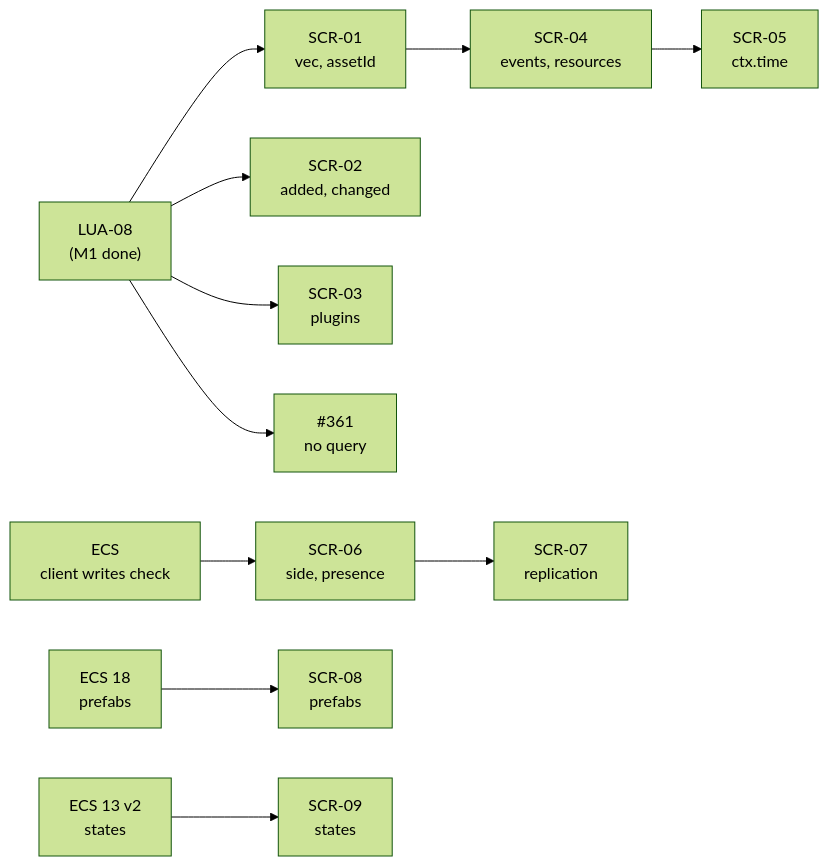
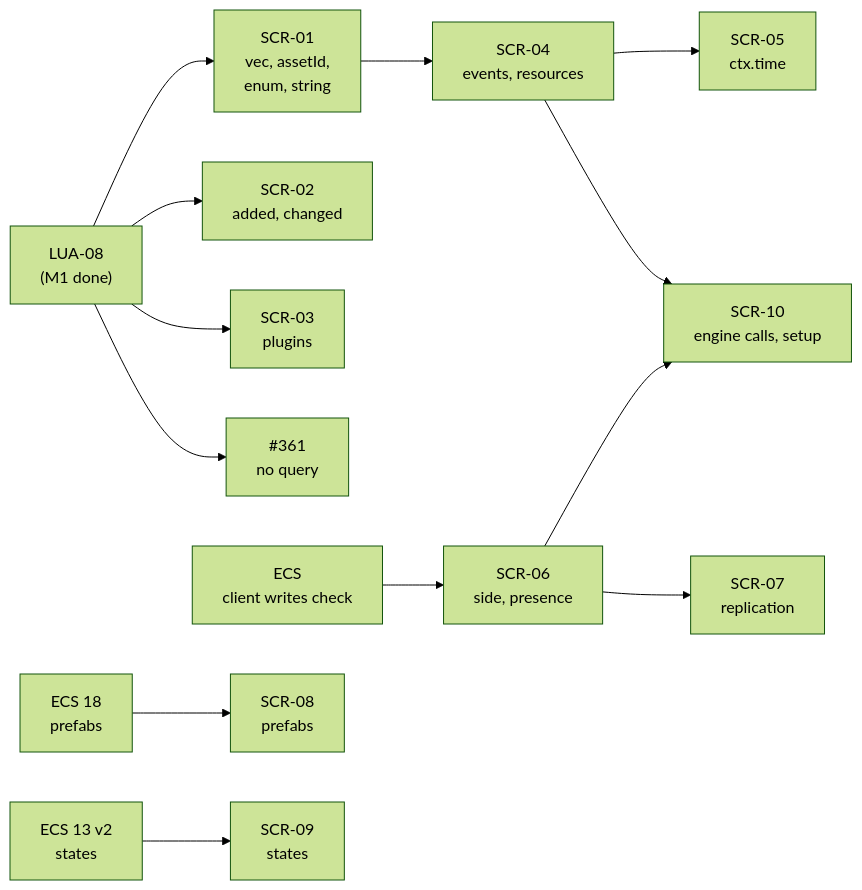
One commit to Charles-Mahoudeau/rtype changed the first of 2 diagrams in docs/scripting/plan.md. Above: the diagram before and after it, drawn with Mermaid (forest theme). The commit also changed other lines of this file, not shown here.

First line of the commit message:
docs(scripting): plan strings, engine calls and network sends for M2

````diff
--- a/docs/scripting/plan.md
+++ b/docs/scripting/plan.md
@@ -535,13 +693,15 @@
 ```mermaid
 flowchart LR
-    L08["LUA-08<br/>(M1 done)"] --> S09["SCR-01<br/>vec, assetId"]
+    L08["LUA-08<br/>(M1 done)"] --> S09["SCR-01<br/>vec, assetId,<br/>enum, string"]
     L08 --> S10["SCR-02<br/>added, changed"]
     L08 --> S11["SCR-03<br/>plugins"]
     L08 --> I361["#361<br/>no query"]
     S09 --> S12["SCR-04<br/>events, resources"]
     S12 --> S13["SCR-05<br/>ctx.time"]
     E19["ECS<br/>client writes check"] --> S14["SCR-06<br/>side, presence"]
     S14 --> S15["SCR-07<br/>replication"]
+    S12 --> S18["SCR-10<br/>engine calls, setup"]
+    S14 --> S18
     E18["ECS 18<br/>prefabs"] --> S16["SCR-08<br/>prefabs"]
     E13["ECS 13 v2<br/>states"] --> S17["SCR-09<br/>states"]
 ```
````
